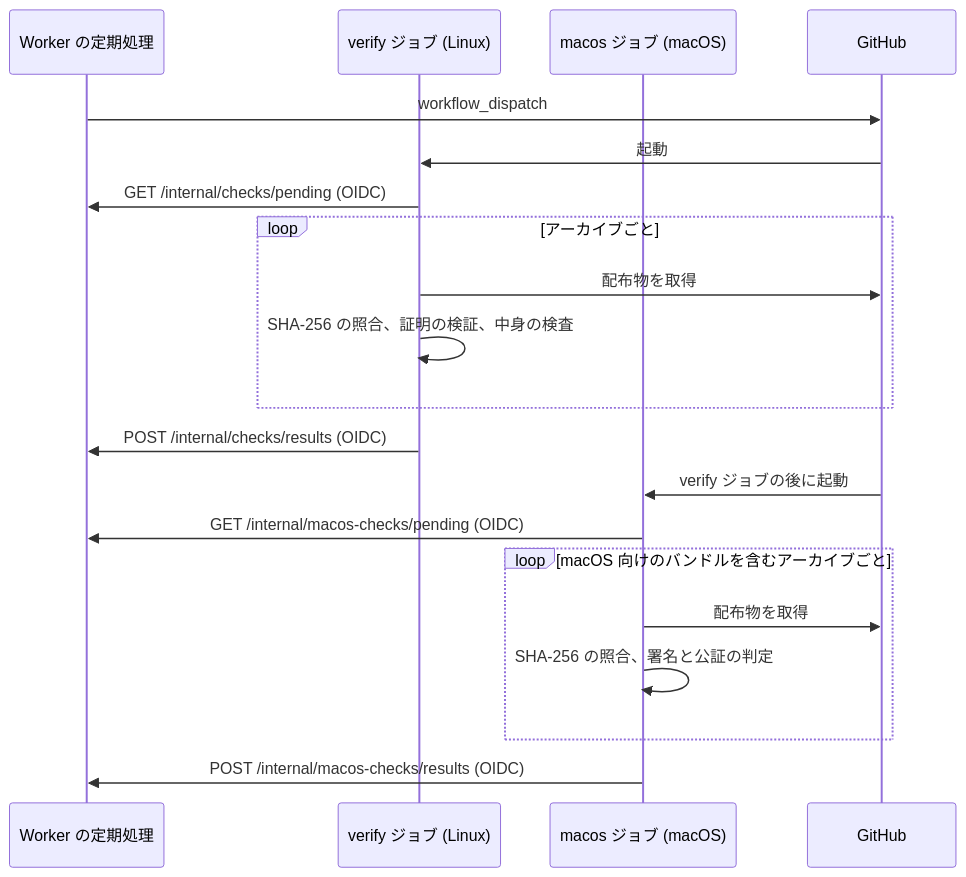
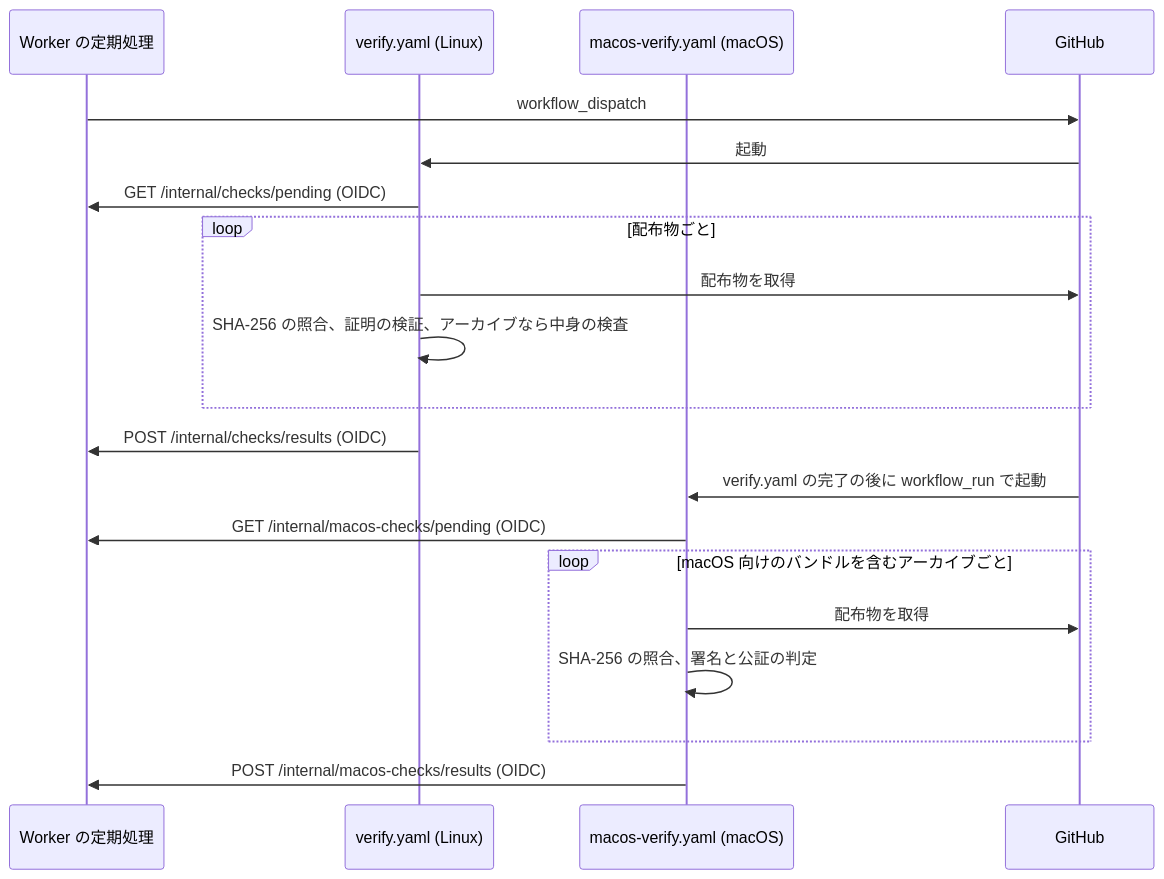
The diagram in docs/design/scanning.md (AllegroMoltoV/audio-plugin-soko-kun), drawn with Mermaid before and after one commit. The commit also changed other lines of this file and 11 other files, not shown here.

````diff
--- a/docs/design/scanning.md
+++ b/docs/design/scanning.md
@@ -258,23 +289,23 @@
 ```mermaid
 sequenceDiagram
     participant W as Worker の定期処理
-    participant L as verify ジョブ (Linux)
-    participant M as macos ジョブ (macOS)
+    participant L as verify.yaml (Linux)
+    participant M as macos-verify.yaml (macOS)
     participant G as GitHub
 
     W->>G: workflow_dispatch
     G->>L: 起動
     L->>W: GET /internal/checks/pending (OIDC)
-    loop アーカイブごと
+    loop 配布物ごと
         L->>G: 配布物を取得
-        L->>L: SHA-256 の照合、証明の検証、中身の検査
+        L->>L: SHA-256 の照合、証明の検証、アーカイブなら中身の検査
     end
     L->>W: POST /internal/checks/results (OIDC)
-    G->>M: verify ジョブの後に起動
+    G->>M: verify.yaml の完了の後に workflow_run で起動
     M->>W: GET /internal/macos-checks/pending (OIDC)
     loop macOS 向けのバンドルを含むアーカイブごと
         M->>G: 配布物を取得
         M->>M: SHA-256 の照合、署名と公証の判定
     end
     M->>W: POST /internal/macos-checks/results (OIDC)
 ```
````
